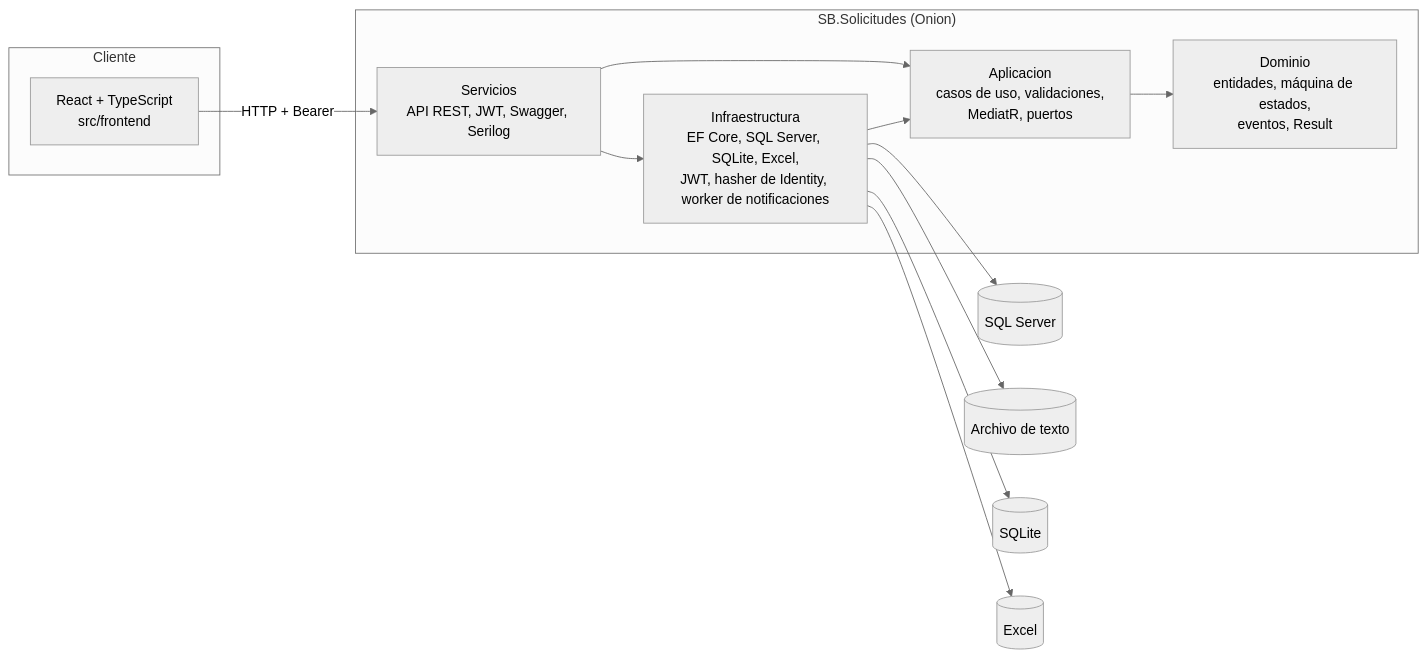
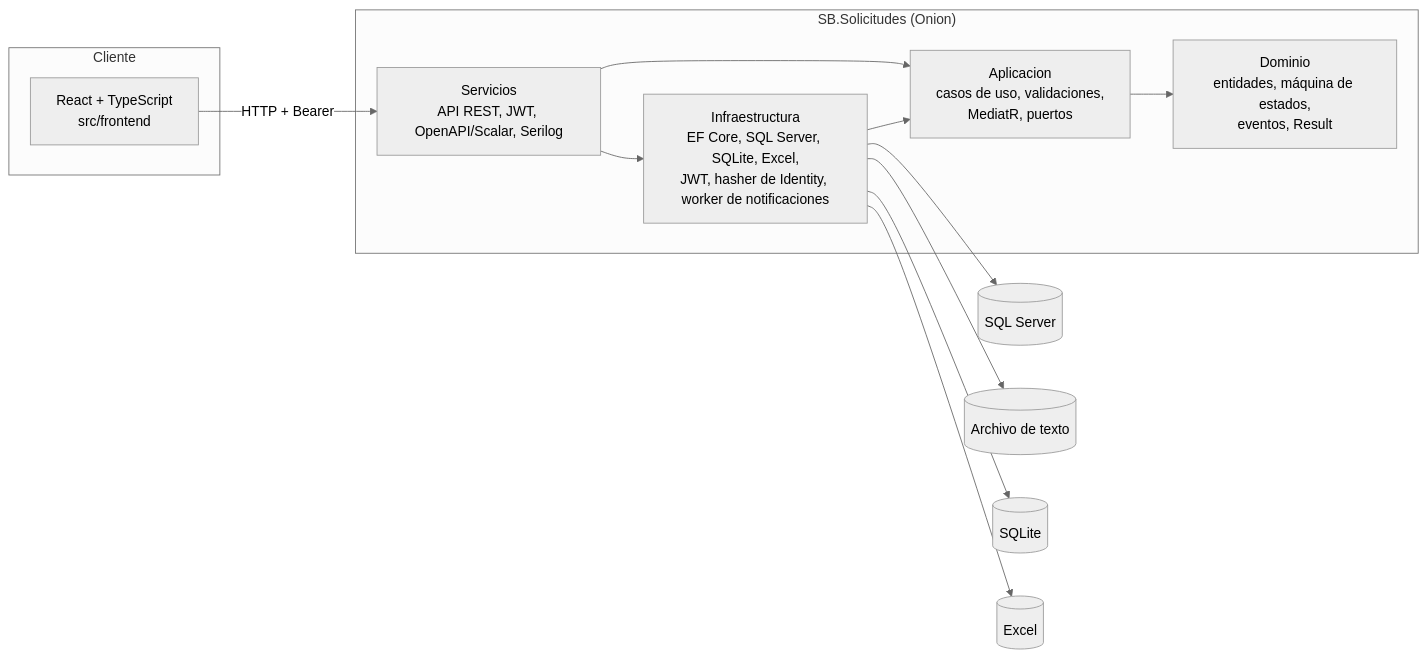
One commit to ocb-dev-04/test-sidb changed the first of 2 diagrams in docs/arquitectura.md. Above: the diagram before and after it, drawn with Mermaid (neutral theme). The commit also changed other lines of this file and 5 other files, not shown here.

First line of the commit message:
feat(servicios): agrega Scalar como explorador de la API

````diff
--- a/docs/arquitectura.md
+++ b/docs/arquitectura.md
@@ -9,26 +9,26 @@
 ```mermaid
 flowchart LR
     subgraph Cliente
         FE[React + TypeScript<br/>src/frontend]
     end
     subgraph "SB.Solicitudes (Onion)"
-        S[Servicios<br/>API REST, JWT, Swagger, Serilog]
+        S[Servicios<br/>API REST, JWT, OpenAPI/Scalar, Serilog]
         I[Infraestructura<br/>EF Core, SQL Server, SQLite, Excel,<br/>JWT, hasher de Identity, worker de notificaciones]
         A[Aplicacion<br/>casos de uso, validaciones,<br/>MediatR, puertos]
         D[Dominio<br/>entidades, máquina de estados,<br/>eventos, Result]
     end
     DB[(SQL Server)]
     TXT[(Archivo de texto)]
     SQLITE[(SQLite)]
     XLSX[(Excel)]
 
     FE -- HTTP + Bearer --> S
     S --> A
     S --> I
     I --> A
     A --> D
     I --> DB
     I --> TXT
     I --> SQLITE
     I --> XLSX
 ```
````
